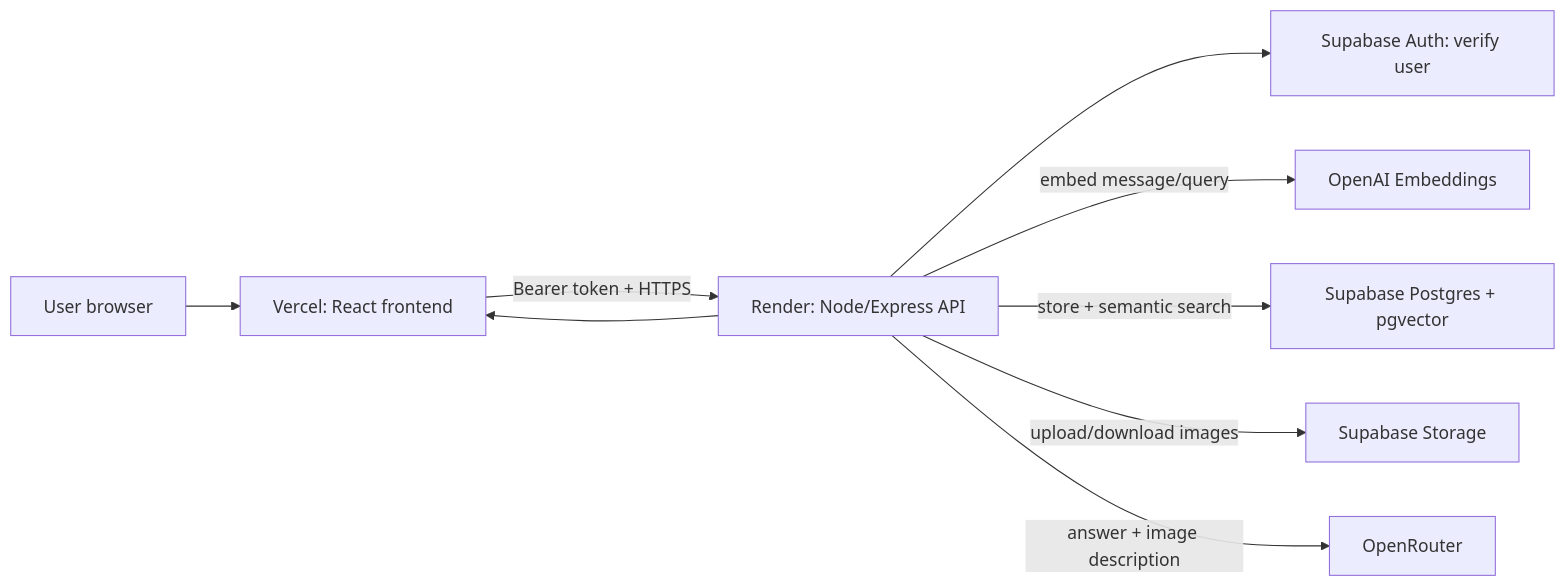
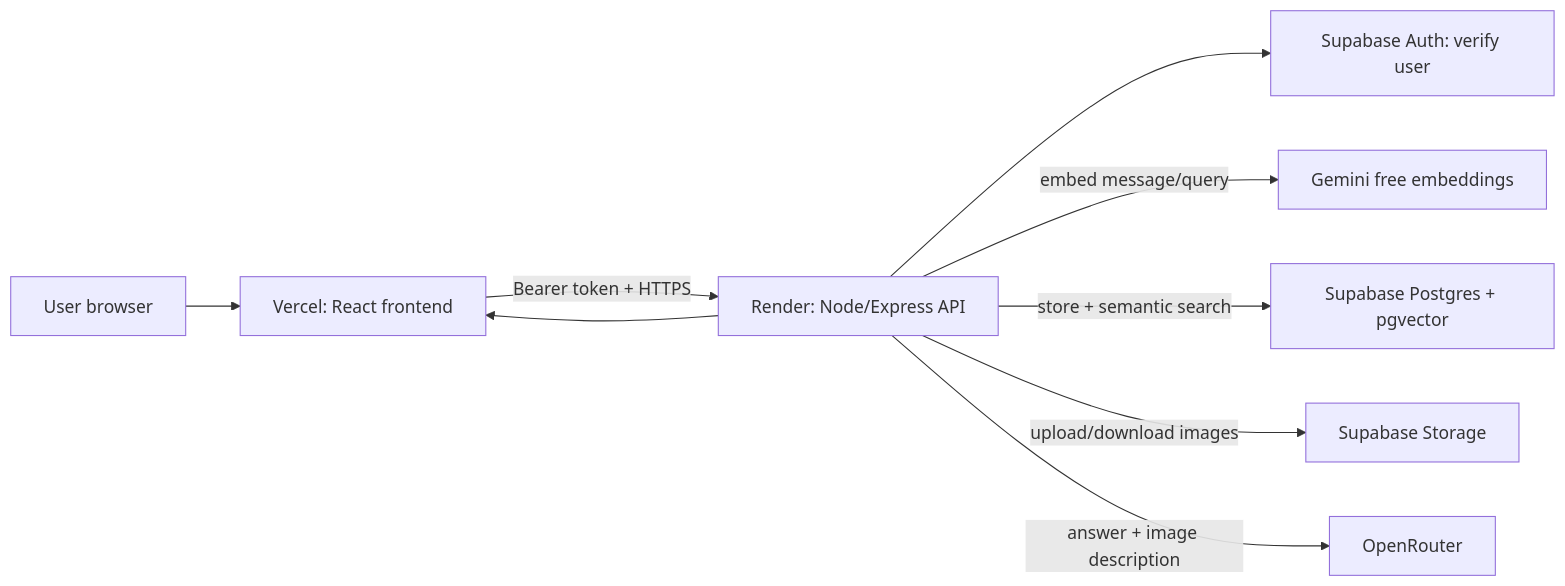
Before and after one commit to Brain-Hop/Brain-Hop-API: the diagram in README.md, drawn with Mermaid. The commit also changed other lines of this file and 7 other files, not shown here.

Commit message:
Use Gemini free embeddings for semantic memory

````diff
--- a/README.md
+++ b/README.md
@@ -18,11 +18,11 @@
 ```mermaid
 flowchart LR
   U["User browser"] --> V["Vercel: React frontend"]
   V -->|"Bearer token + HTTPS"| A["Render: Node/Express API"]
   A --> AUTH["Supabase Auth: verify user"]
-  A -->|"embed message/query"| E["OpenAI Embeddings"]
+  A -->|"embed message/query"| E["Gemini free embeddings"]
   A -->|"store + semantic search"| DB["Supabase Postgres + pgvector"]
   A -->|"upload/download images"| S["Supabase Storage"]
   A -->|"answer + image description"| L["OpenRouter"]
   A --> V
 ```
````
